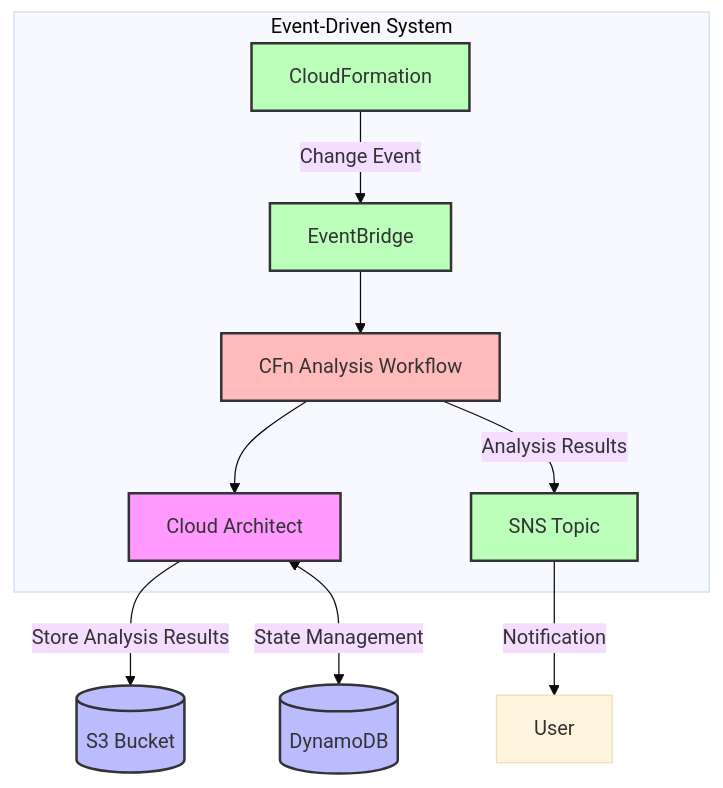
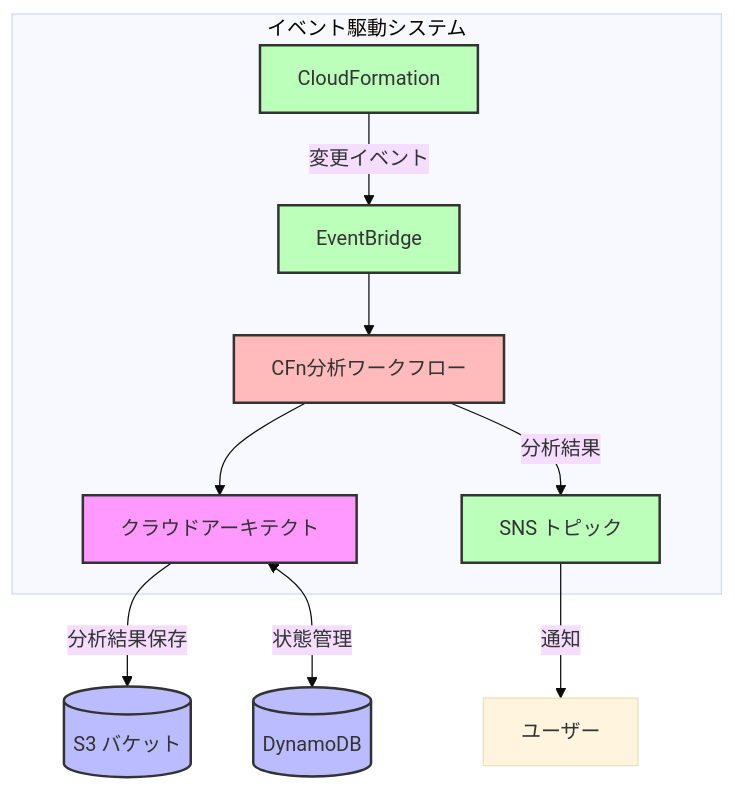
The third of 10 diagrams in README.md (aws-samples/multi-agent-samples-jp), drawn with Mermaid (base theme) before and after one commit. The commit also changed other lines of this file and 2 other files, not shown here.

````diff
--- a/README.md
+++ b/README.md
@@ -137,39 +134,39 @@
 ```mermaid
 graph TD
     
     EB[EventBridge]
-    S3[(S3 Bucket)]
+    S3[(S3 バケット)]
     DDB[(DynamoDB)]
-    User[User]
+    User[ユーザー]
     
     
-    SNS[SNS Topic]
+    SNS[SNS トピック]
     
     
-    subgraph "Event-Driven System"
-        CF[CloudFormation] --> |Change Event| EB
-        EB --> CFNFA[CFn Analysis Workflow]
+    subgraph "イベント駆動システム"
+        CF[CloudFormation] --> |変更イベント| EB
+        EB --> CFNFA[CFn分析ワークフロー]
         
-        CA[Cloud Architect]
+        CA[クラウドアーキテクト]
         
         CFNFA --> CA
-        CFNFA --> |Analysis Results| SNS
+        CFNFA --> |分析結果| SNS
     end
-    SNS --> |Notification| User
+    SNS --> |通知| User
     
-    %% Agent and Storage Relationship
-    CA --> |Store Analysis Results| S3
+    %% エージェントとストレージの関係
+    CA --> |分析結果保存| S3
     
-    %% Agent and Database Relationship
-    CA <--> |State Management| DDB
+    %% エージェントとデータベースの関係
+    CA <--> |状態管理| DDB
     
     classDef agents fill:#f9f,stroke:#333,stroke-width:2px;
     classDef storage fill:#bbf,stroke:#333,stroke-width:2px;
     classDef messaging fill:#bfb,stroke:#333,stroke-width:2px;
     classDef workflow fill:#fbb,stroke:#333,stroke-width:2px;
     
     class PDM,ARCH,ENG,CA agents;
     class S3,DDB storage;
     class SQS,SNS,EB,CF messaging;
     class SFN,CFNFA,SV workflow;
 ```
````
